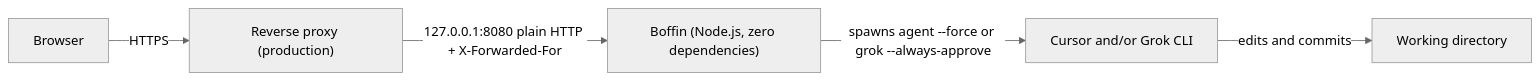
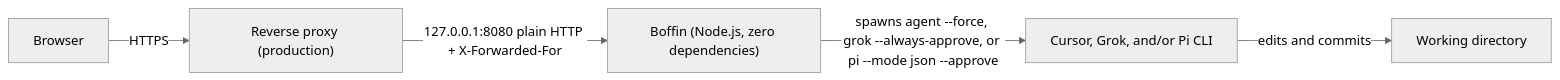
The diagram in boffin/README.md (weakish/vibe), drawn with Mermaid (neutral theme) before and after one commit. The commit also changed other lines of this file and 25 other files, not shown here.

````diff
--- a/boffin/README.md
+++ b/boffin/README.md
@@ -9,7 +9,7 @@
 ```mermaid
 flowchart LR
     Browser["Browser"] -->|"HTTPS"| Proxy["Reverse proxy (production)"]
     Proxy -->|"127.0.0.1:8080 plain HTTP + X-Forwarded-For"| Boffin["Boffin (Node.js, zero dependencies)"]
-    Boffin -->|"spawns agent --force or grok --always-approve"| Agent["Cursor and/or Grok CLI"]
+    Boffin -->|"spawns agent --force, grok --always-approve, or pi --mode json --approve"| Agent["Cursor, Grok, and/or Pi CLI"]
     Agent -->|"edits and commits"| Workdir["Working directory"]
 ```
````
